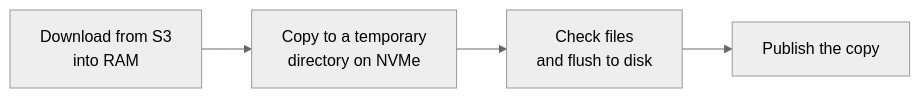
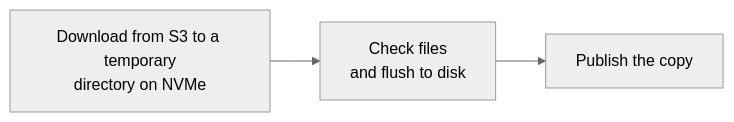
One commit to ai-dynamo/snapshot changed the second of 7 diagrams in docs/design/644-node-cache/README.md. Above: the diagram before and after it, drawn with Mermaid (neutral theme). The commit also changed other lines of this file, not shown here.

First line of the commit message:
docs(snep): download preheat copies straight to the node cache

````diff
--- a/docs/design/644-node-cache/README.md
+++ b/docs/design/644-node-cache/README.md
@@ -249,6 +273,5 @@
 ```mermaid
 flowchart LR
-    A["Download from S3<br/>into RAM"] --> B["Copy to a temporary<br/>directory on NVMe"]
-    B --> C["Check files<br/>and flush to disk"]
-    C --> D["Publish the copy"]
+    A["Download from S3 to a temporary<br/>directory on NVMe"] --> B["Check files<br/>and flush to disk"]
+    B --> C["Publish the copy"]
 ```
````
